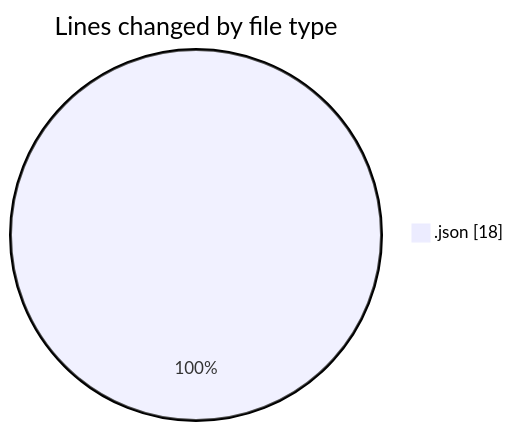
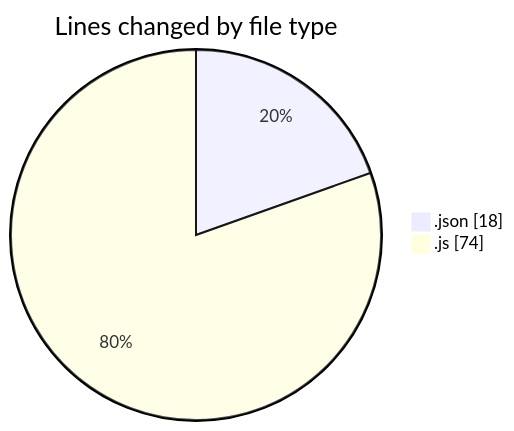
The first of 2 diagrams in 2025-04-01/jsvms/README.md (BS-eng2023/code-tracking), drawn with Mermaid before and after one commit. The commit also changed other lines of this file and 1 other file, not shown here.

````diff
--- a/2025-04-01/jsvms/README.md
+++ b/2025-04-01/jsvms/README.md
@@ -20,5 +21,6 @@
 ```mermaid
 pie showData
 title Lines changed by file type
 ".json" : 18
+".js" : 74
 ```
````
